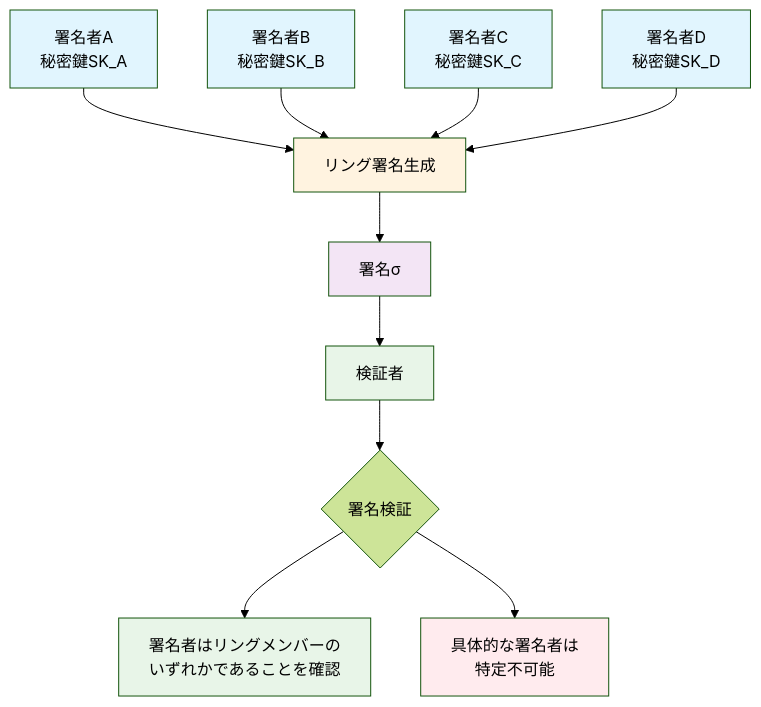
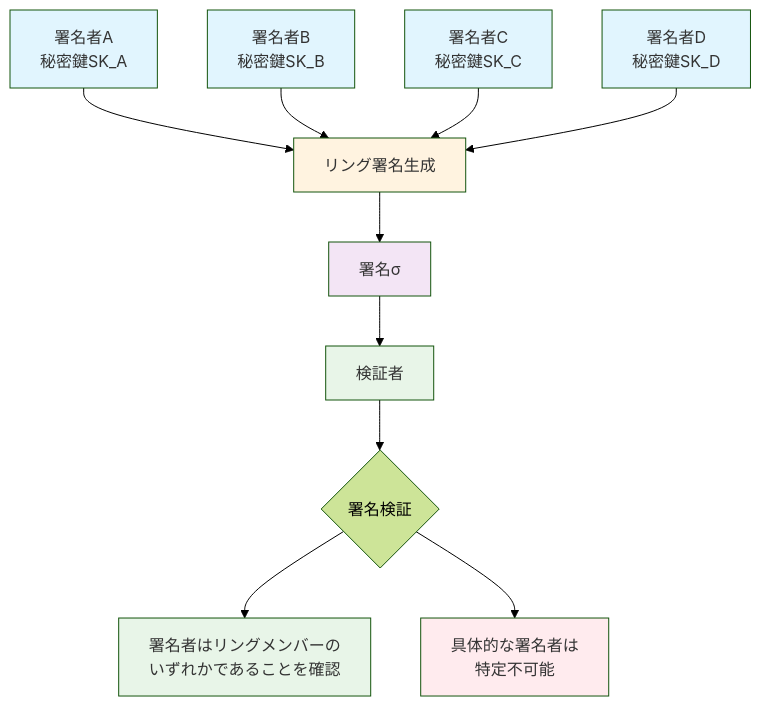
One commit to naokirin/learning_contemporary_cryptography changed the fourth of 5 diagrams in articles/第6回/article.md. Above: the diagram before and after it, drawn with Mermaid (forest theme). The commit also changed 4 other files, not shown here.

````diff
--- a/articles/第6回/article.md
+++ b/articles/第6回/article.md
@@ -298,24 +298,24 @@
 ```mermaid
 graph TD
     A[署名者A<br/>秘密鍵SK_A] --> E[リング署名生成]
     B[署名者B<br/>秘密鍵SK_B] --> E
     C[署名者C<br/>秘密鍵SK_C] --> E
     D[署名者D<br/>秘密鍵SK_D] --> E
     
     E --> F[署名σ]
     F --> G[検証者]
     
     G --> H{署名検証}
     H --> I[署名者はリングメンバーの<br/>いずれかであることを確認]
     H --> J[具体的な署名者は<br/>特定不可能]
     
-    style A fill:#e1f5fe
-    style B fill:#e1f5fe
-    style C fill:#e1f5fe
-    style D fill:#e1f5fe
-    style E fill:#fff3e0
-    style F fill:#f3e5f5
-    style G fill:#e8f5e8
-    style I fill:#e8f5e8
-    style J fill:#ffebee
+    style A fill:#e1f5fe, color:#333
+    style B fill:#e1f5fe, color:#333
+    style C fill:#e1f5fe, color:#333
+    style D fill:#e1f5fe, color:#333
+    style E fill:#fff3e0, color:#333
+    style F fill:#f3e5f5, color:#333
+    style G fill:#e8f5e8, color:#333
+    style I fill:#e8f5e8, color:#333
+    style J fill:#ffebee, color:#333
 ```
````
